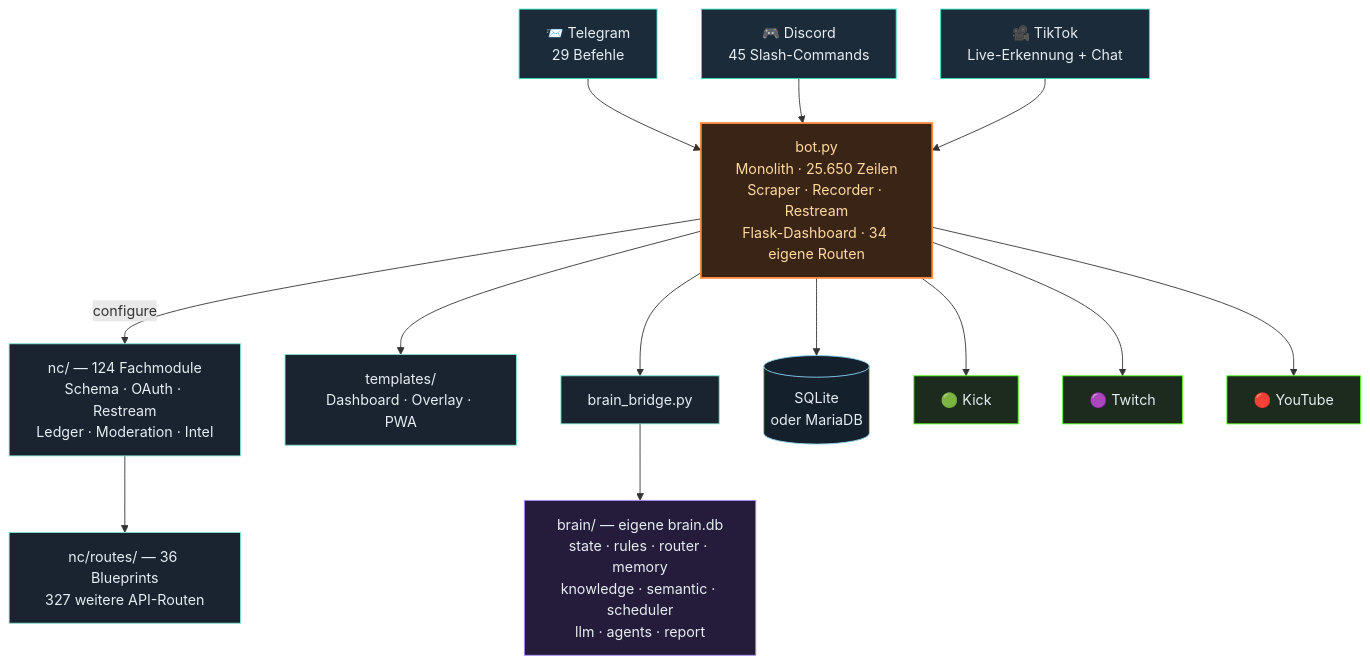
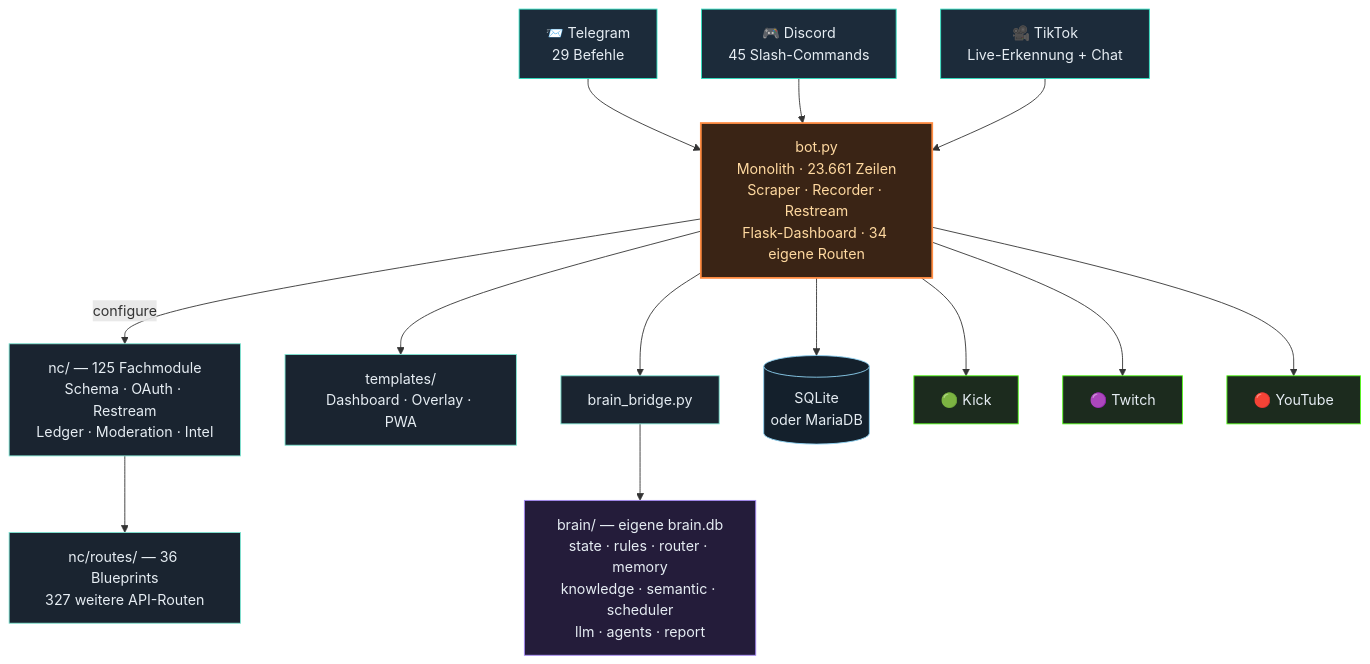
Before and after one commit to itsamemedev/Telegram-Stream-Info-Bot: the third of 4 diagrams in README.md, drawn with Mermaid. The commit also changed other lines of this file and 12 other files, not shown here.

````diff
--- a/README.md
+++ b/README.md
@@ -189,30 +189,30 @@
 ```mermaid
 flowchart TB
     TG["📨 Telegram<br/>29 Befehle"]:::ein
     DC["🎮 Discord<br/>45 Slash-Commands"]:::ein
     TT["🎥 TikTok<br/>Live-Erkennung + Chat"]:::ein
 
     TG --> BOT
     DC --> BOT
     TT --> BOT
 
-    BOT["bot.py<br/>Monolith · 25.650 Zeilen<br/>Scraper · Recorder · Restream<br/>Flask-Dashboard · 34 eigene Routen"]:::core
+    BOT["bot.py<br/>Monolith · 23.661 Zeilen<br/>Scraper · Recorder · Restream<br/>Flask-Dashboard · 34 eigene Routen"]:::core
 
-    BOT -->|configure| NC["nc/ — 124 Fachmodule<br/>Schema · OAuth · Restream<br/>Ledger · Moderation · Intel"]:::lib
+    BOT -->|configure| NC["nc/ — 125 Fachmodule<br/>Schema · OAuth · Restream<br/>Ledger · Moderation · Intel"]:::lib
     NC --> RT["nc/routes/ — 36 Blueprints<br/>327 weitere API-Routen"]:::lib
     BOT --> TPL["templates/<br/>Dashboard · Overlay · PWA"]:::lib
     BOT --> BR["brain_bridge.py"]:::lib
     BR --> BRAIN["brain/ — eigene brain.db<br/>state · rules · router · memory<br/>knowledge · semantic · scheduler<br/>llm · agents · report"]:::brain
     BOT --> DB[("SQLite<br/>oder MariaDB")]:::db
 
     BOT --> KICK["🟢 Kick"]:::out
     BOT --> TW["🟣 Twitch"]:::out
     BOT --> YT["🔴 YouTube"]:::out
 
     classDef ein fill:#1c2b3a,stroke:#2de1c2,color:#e6edf3
     classDef core fill:#3a2415,stroke:#ff8c42,stroke-width:2px,color:#ffd9a0
     classDef lib fill:#1a2430,stroke:#7fe7d4,color:#e6edf3
     classDef brain fill:#241c3a,stroke:#a78bfa,color:#e6edf3
     classDef db fill:#14202c,stroke:#8fd3f4,color:#e6edf3
     classDef out fill:#1c2b1e,stroke:#53fc18,color:#e6edf3
 ```
````
